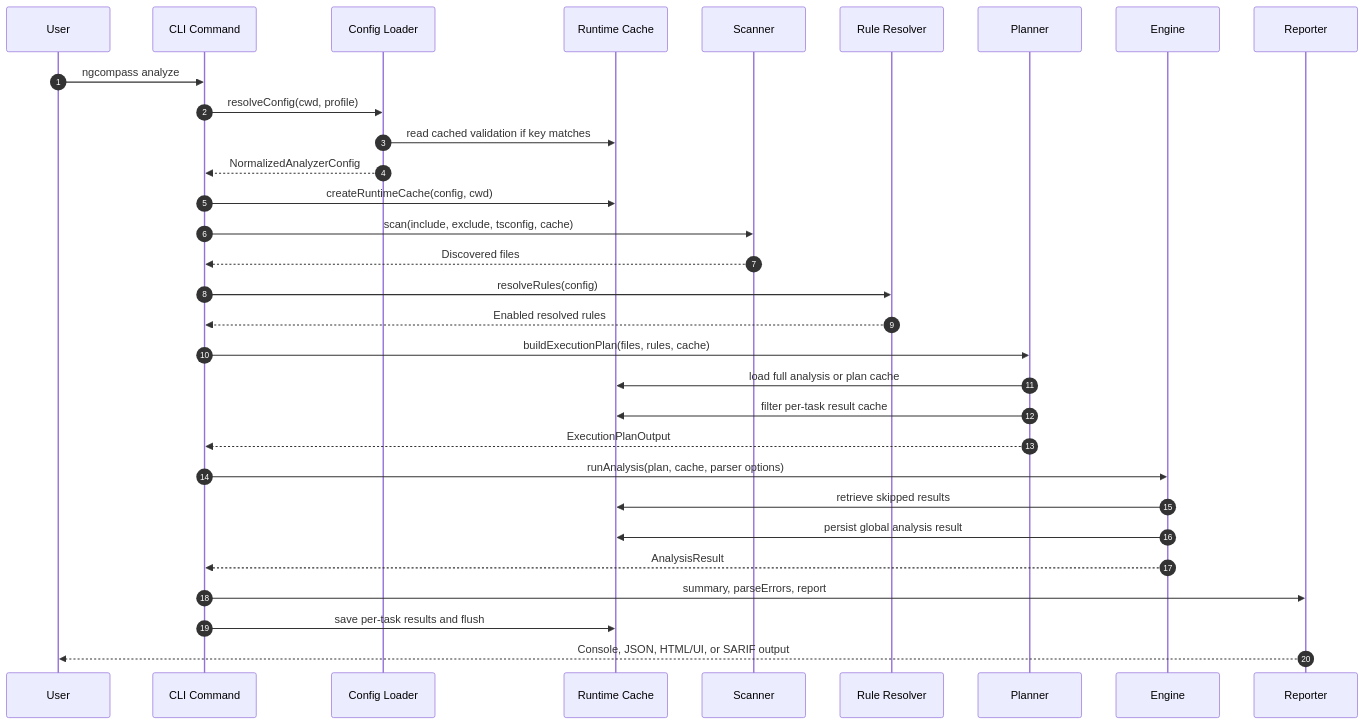
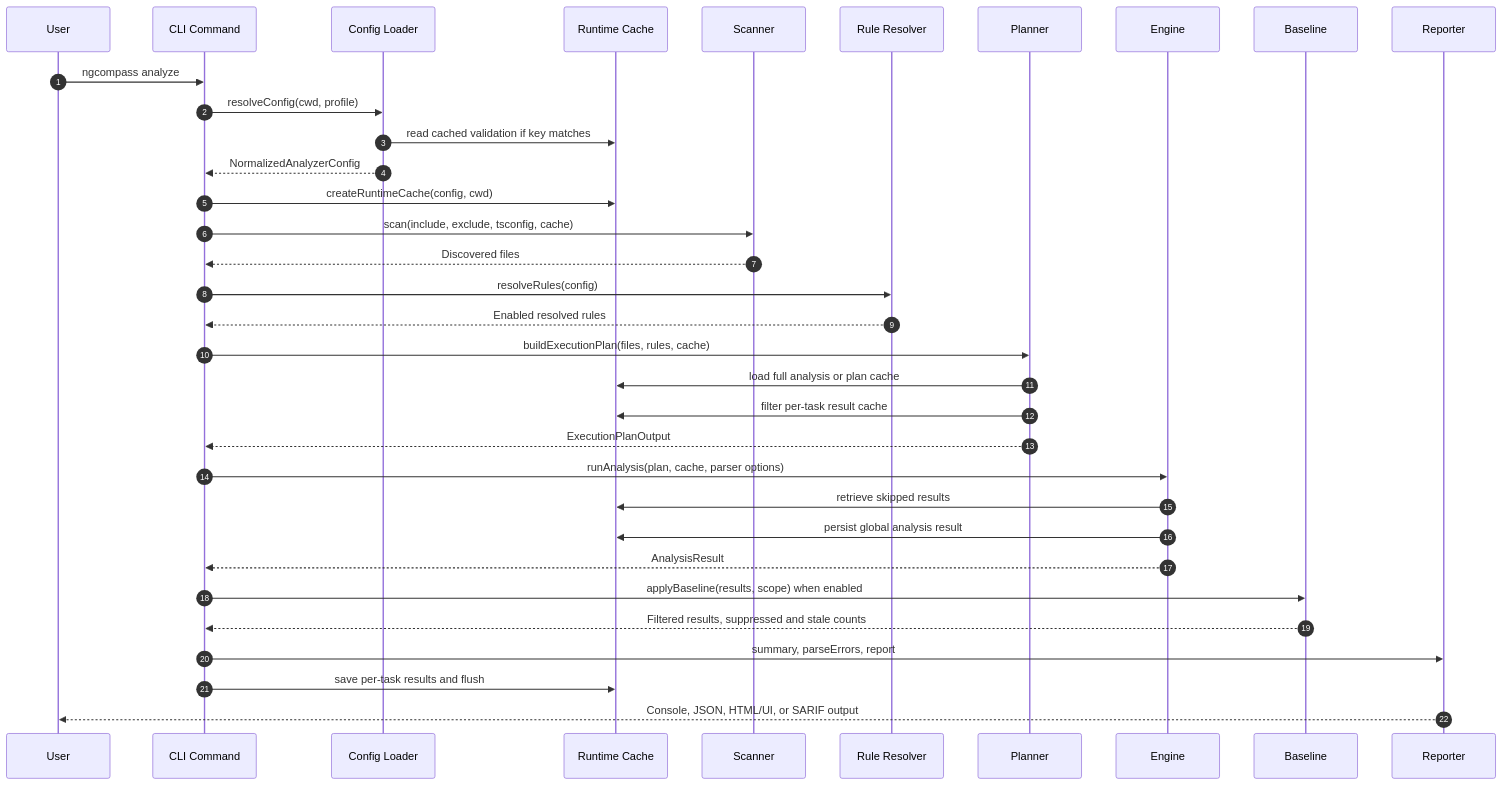
One commit to RoadmapDevelop/ngcompass changed the second of 23 diagrams in docs/architecture.md. Above: the diagram before and after it, drawn with Mermaid. The commit also changed other lines of this file and 63 other files, not shown here.

````diff
--- a/docs/architecture.md
+++ b/docs/architecture.md
@@ -97,34 +101,37 @@
 ```mermaid
 sequenceDiagram
     autonumber
     participant User
     participant CLI as CLI Command
     participant Config as Config Loader
     participant Cache as Runtime Cache
     participant Scanner as Scanner
     participant Rules as Rule Resolver
     participant Planner as Planner
     participant Engine as Engine
+    participant Baseline as Baseline
     participant Reporter as Reporter
 
     User->>CLI: ngcompass analyze
     CLI->>Config: resolveConfig(cwd, profile)
     Config->>Cache: read cached validation if key matches
     Config-->>CLI: NormalizedAnalyzerConfig
     CLI->>Cache: createRuntimeCache(config, cwd)
     CLI->>Scanner: scan(include, exclude, tsconfig, cache)
     Scanner-->>CLI: Discovered files
     CLI->>Rules: resolveRules(config)
     Rules-->>CLI: Enabled resolved rules
     CLI->>Planner: buildExecutionPlan(files, rules, cache)
     Planner->>Cache: load full analysis or plan cache
     Planner->>Cache: filter per-task result cache
     Planner-->>CLI: ExecutionPlanOutput
     CLI->>Engine: runAnalysis(plan, cache, parser options)
     Engine->>Cache: retrieve skipped results
     Engine->>Cache: persist global analysis result
     Engine-->>CLI: AnalysisResult
+    CLI->>Baseline: applyBaseline(results, scope) when enabled
+    Baseline-->>CLI: Filtered results, suppressed and stale counts
     CLI->>Reporter: summary, parseErrors, report
     CLI->>Cache: save per-task results and flush
     Reporter-->>User: Console, JSON, HTML/UI, or SARIF output
 ```
````
